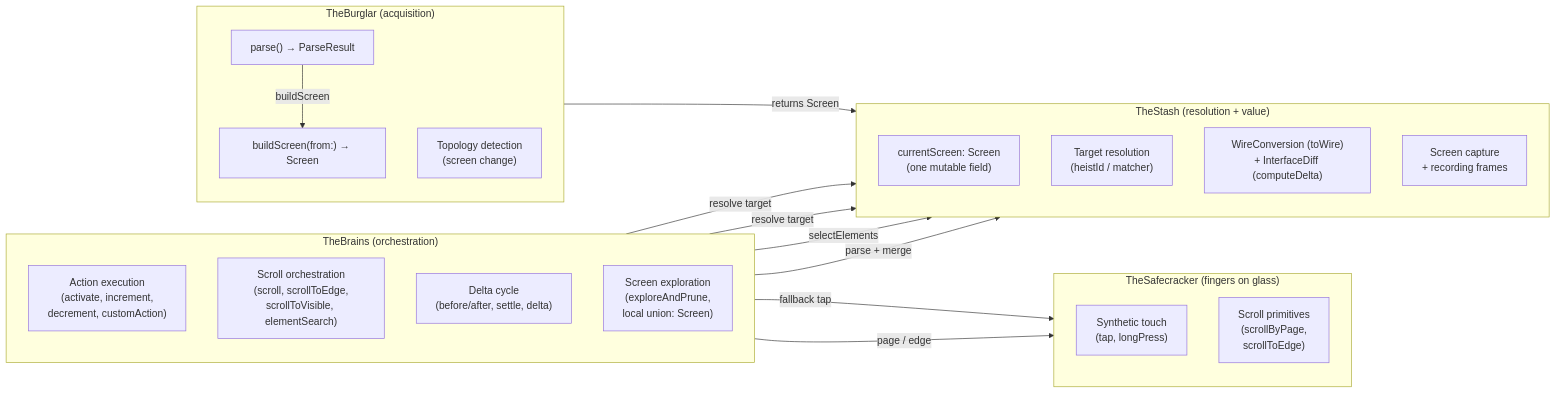
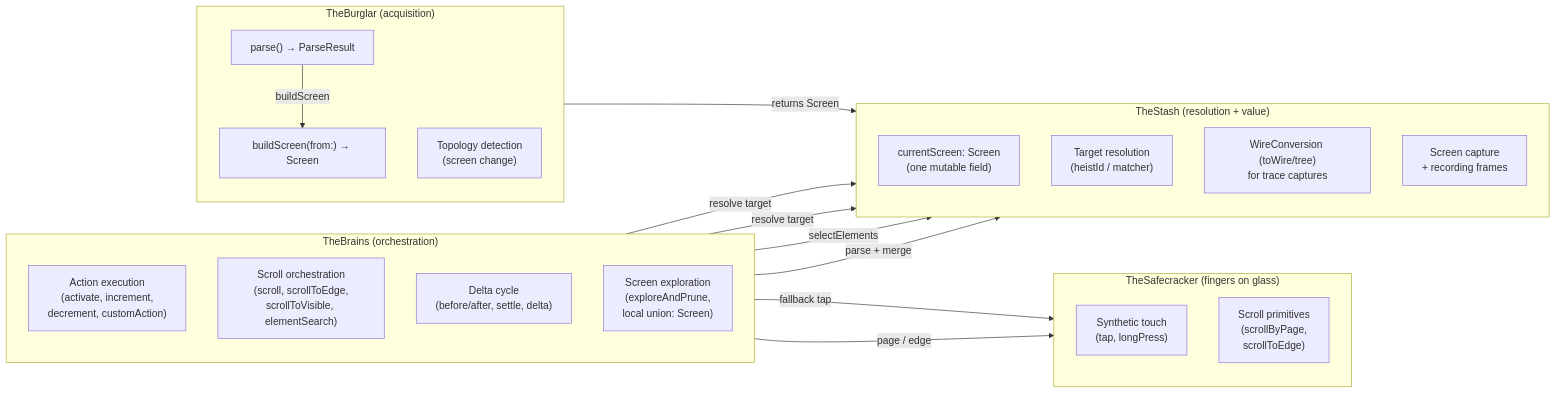
One commit to RoyalPineapple/TheButtonHeist changed the first of 2 diagrams in docs/dossiers/11-THESTASH.md. Above: the diagram before and after it, drawn with Mermaid. The commit also changed other lines of this file and 16 other files, not shown here.

Commit message:
Derive compact deltas only from trace captures

````diff
--- a/docs/dossiers/11-THESTASH.md
+++ b/docs/dossiers/11-THESTASH.md
@@ -67,40 +67,40 @@
 ```mermaid
 flowchart LR
     subgraph TheBrains ["TheBrains (orchestration)"]
         direction TB
         BR1["Action execution<br/>(activate, increment,<br/>decrement, customAction)"]
         BR2["Scroll orchestration<br/>(scroll, scrollToEdge,<br/>scrollToVisible, elementSearch)"]
         BR3["Delta cycle<br/>(before/after, settle, delta)"]
         BR4["Screen exploration<br/>(exploreAndPrune,<br/>local union: Screen)"]
     end
 
     subgraph TheStash ["TheStash (resolution + value)"]
         direction TB
         B1["currentScreen: Screen<br/>(one mutable field)"]
         B2["Target resolution<br/>(heistId / matcher)"]
-        B3["WireConversion (toWire)<br/>+ InterfaceDiff (computeDelta)"]
+        B3["WireConversion (toWire/tree)<br/>for trace captures"]
         B6["Screen capture<br/>+ recording frames"]
     end
 
     subgraph TheBurglar ["TheBurglar (acquisition)"]
         direction TB
         BG1["parse() → ParseResult"]
         BG2["buildScreen(from:) → Screen"]
         BG3["Topology detection<br/>(screen change)"]
     end
 
     subgraph TheSafecracker ["TheSafecracker (fingers on glass)"]
         direction TB
         S1["Synthetic touch<br/>(tap, longPress)"]
         S3["Scroll primitives<br/>(scrollByPage,<br/>scrollToEdge)"]
     end
 
     BR1 -->|"resolve target"| B2
     BR2 -->|"resolve target"| B2
     BR3 -->|"selectElements"| B1
     BR4 -->|"parse + merge"| B1
     BG1 -->|"buildScreen"| BG2
     BG2 -->|"returns Screen"| B1
     BR1 -->|"fallback tap"| S1
     BR2 -->|"page / edge"| S3
 ```
````
